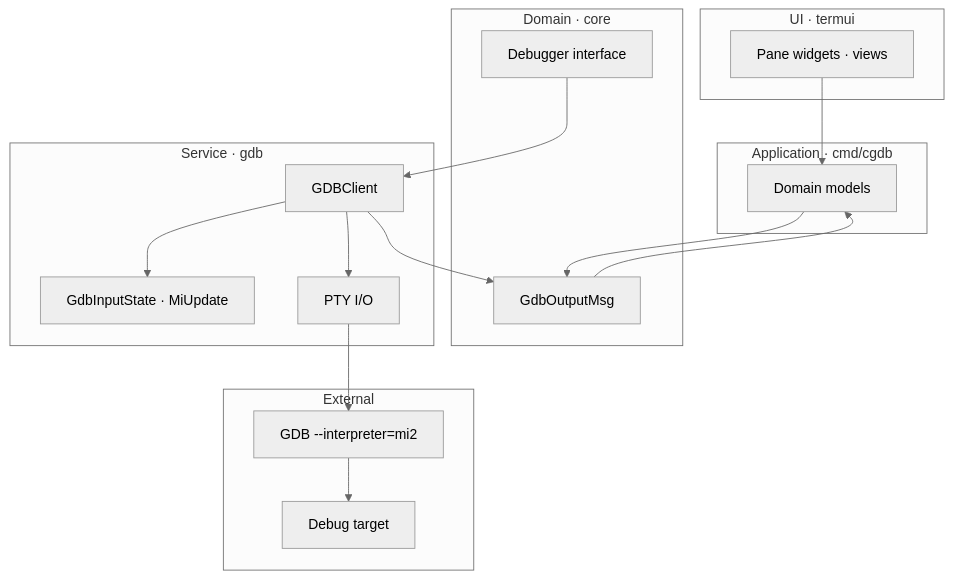
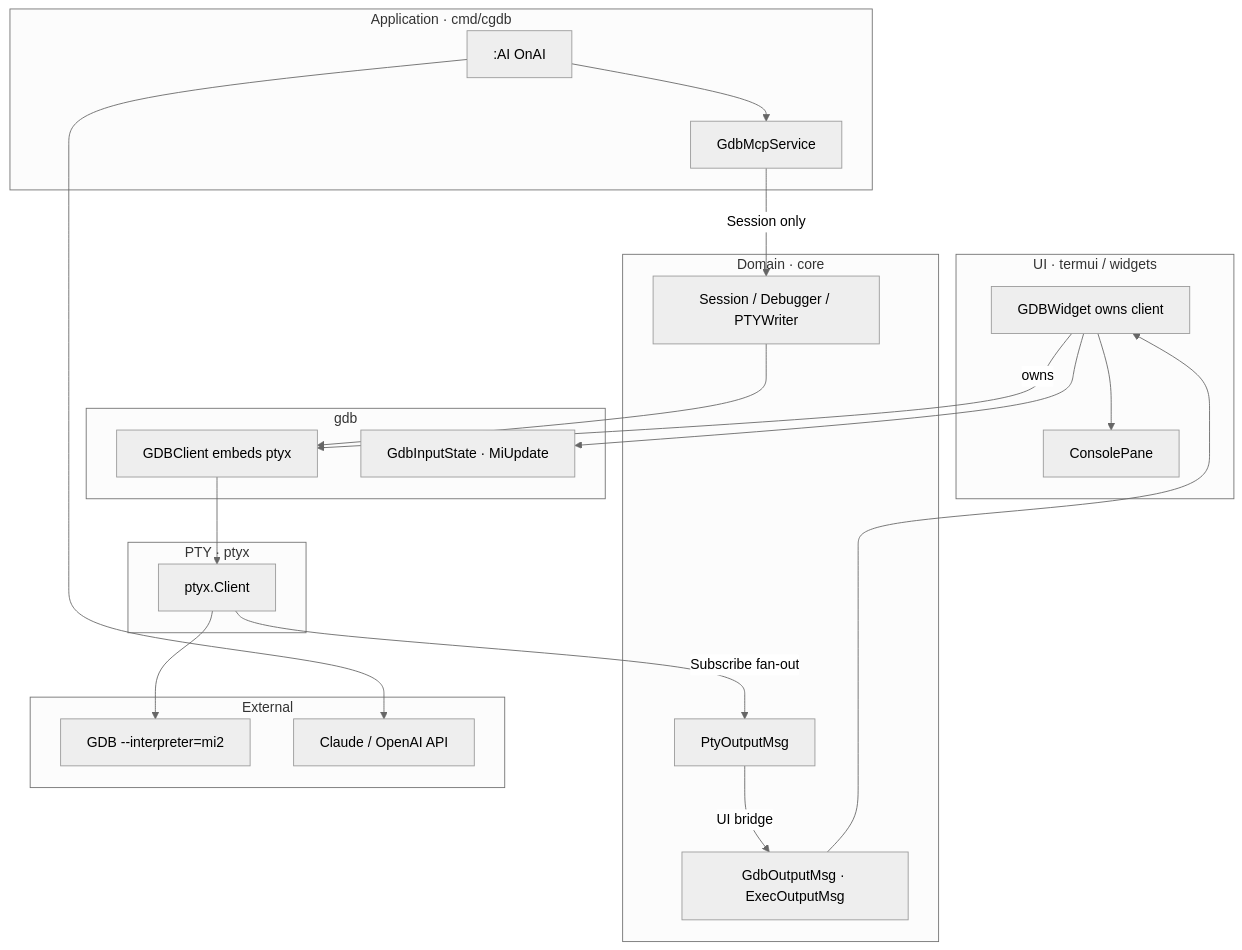
One commit to yairgd/gdbforge changed the first of 4 diagrams in docs/DEBUGGER_INTEGRATION.md. Above: the diagram before and after it, drawn with Mermaid (neutral theme). The commit also changed other lines of this file and 35 other files, not shown here.

````diff
--- a/docs/DEBUGGER_INTEGRATION.md
+++ b/docs/DEBUGGER_INTEGRATION.md
@@ -27,34 +29,45 @@
 ```mermaid
 flowchart TB
-    subgraph UI["UI · termui"]
-        Widgets["Pane widgets · views"]
+    subgraph UI["UI · termui / widgets"]
+        GDBW["GDBWidget owns client"]
+        Cons["ConsolePane"]
     end
 
     subgraph App["Application · cmd/cgdb"]
-        Models["Domain models"]
+        AI[":AI OnAI"]
+        MCP["GdbMcpService"]
     end
 
     subgraph Domain["Domain · core"]
-        DebuggerIF["Debugger interface"]
-        Events["GdbOutputMsg"]
+        SessIF["Session / Debugger / PTYWriter"]
+        PtyMsg["PtyOutputMsg"]
+        UIMsg["GdbOutputMsg · ExecOutputMsg"]
     end
 
-    subgraph Backend["Service · gdb"]
-        Client["GDBClient"]
+    subgraph PTYLayer["PTY · ptyx"]
+        Pty["ptyx.Client"]
+    end
+
+    subgraph Backend["gdb"]
+        Client["GDBClient embeds ptyx"]
         MI["GdbInputState · MiUpdate"]
-        PTY["PTY I/O"]
     end
 
     subgraph External["External"]
         GDB["GDB --interpreter=mi2"]
-        Target["Debug target"]
+        LLM["Claude / OpenAI API"]
     end
 
-    Widgets --> Models
-    Models --> Events
-    Client --> Events
-    Events --> Models
-    DebuggerIF --> Client
-    Client --> PTY --> GDB --> Target
-    Client --> MI
+    GDBW --> Cons
+    GDBW -->|"owns"| Client
+    Client --> Pty
+    MCP -->|"Session only"| SessIF
+    AI --> MCP
+    AI --> LLM
+    SessIF --> Client
+    Pty -->|"Subscribe fan-out"| PtyMsg
+    PtyMsg -->|"UI bridge"| UIMsg
+    UIMsg --> GDBW
+    Pty --> GDB
+    GDBW --> MI
 ```
````
